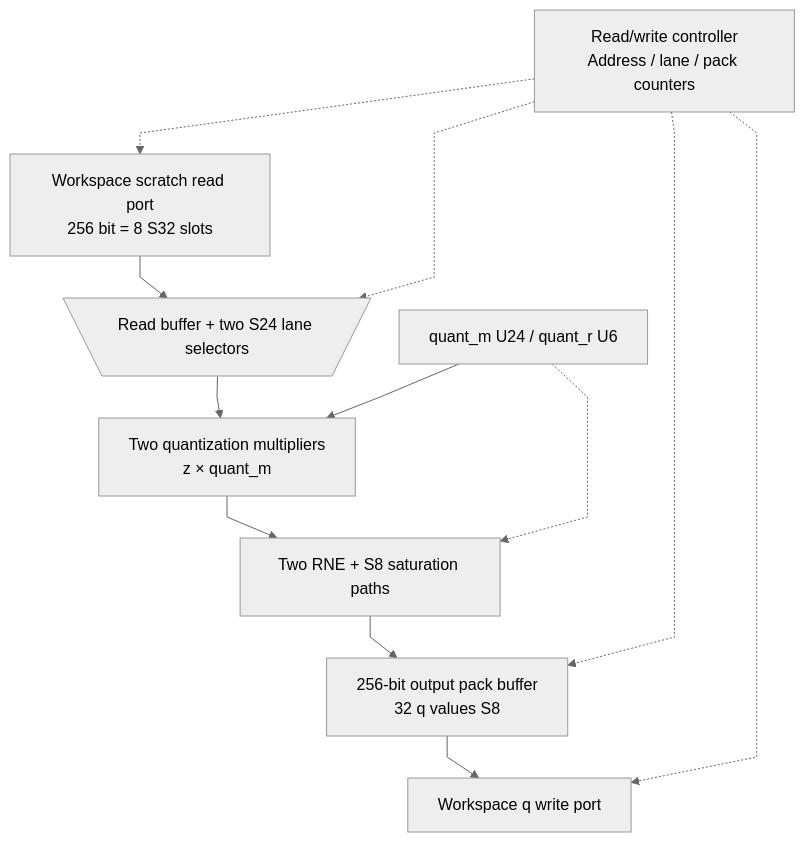
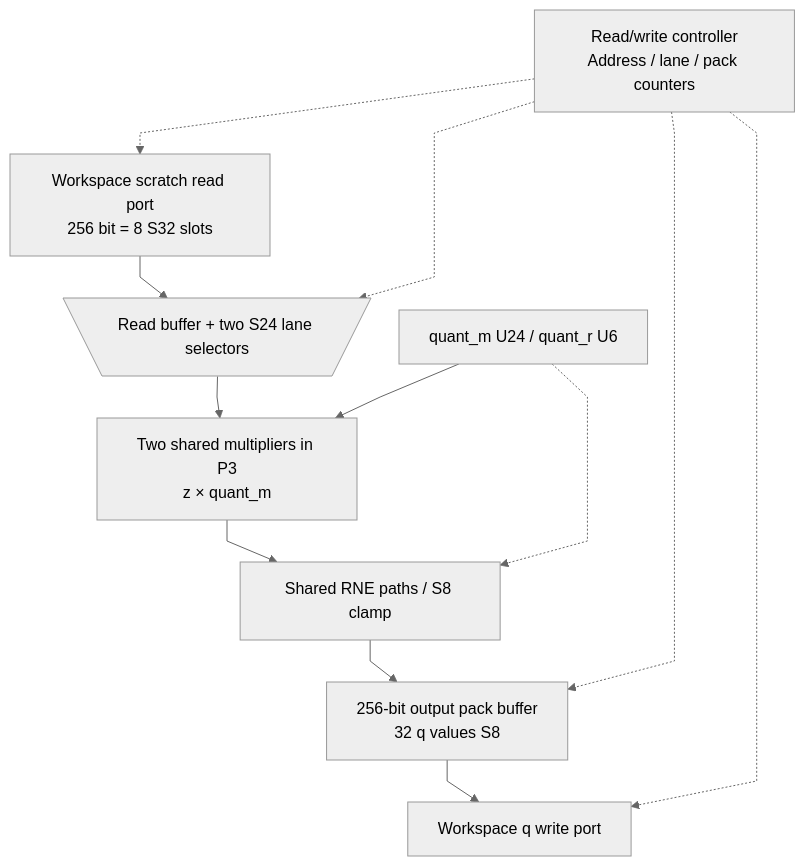
The fifth of 5 diagrams in docs/source_guide/blocks/norm.sv.md (nguyennhutkhanhtom/NPU), drawn with Mermaid (neutral theme) before and after one commit. The commit also changed other lines of this file and 123 other files, not shown here.

````diff
--- a/docs/source_guide/blocks/norm.sv.md
+++ b/docs/source_guide/blocks/norm.sv.md
@@ -899,15 +952,15 @@
 ```mermaid
 flowchart TB
 %%{init: {"flowchart": {"subGraphTitleMargin": {"top": 8, "bottom": 20}, "nodeSpacing": 28, "rankSpacing": 42, "curve": "linear"}}}%%
     WS["Workspace scratch read port<br/>256 bit = 8 S32 slots"] --> BUF@{ shape: trap-t, label: "Read buffer + two S24 lane selectors" }
-    BUF --> MUL["Two quantization multipliers<br/>z × quant_m"]
+    BUF --> MUL["Two shared multipliers in P3<br/>z × quant_m"]
     COEF["quant_m U24 / quant_r U6"] --> MUL
-    MUL --> ROUND["Two RNE + S8 saturation paths"]
+    MUL --> ROUND["Shared RNE paths / S8 clamp"]
     COEF -.-> ROUND
     ROUND --> PACK["256-bit output pack buffer<br/>32 q values S8"]
     PACK --> OUT["Workspace q write port"]
     CTRL["Read/write controller<br/>Address / lane / pack counters"] -.-> WS
     CTRL -.-> BUF
     CTRL -.-> PACK
     CTRL -.-> OUT
 ```
````
